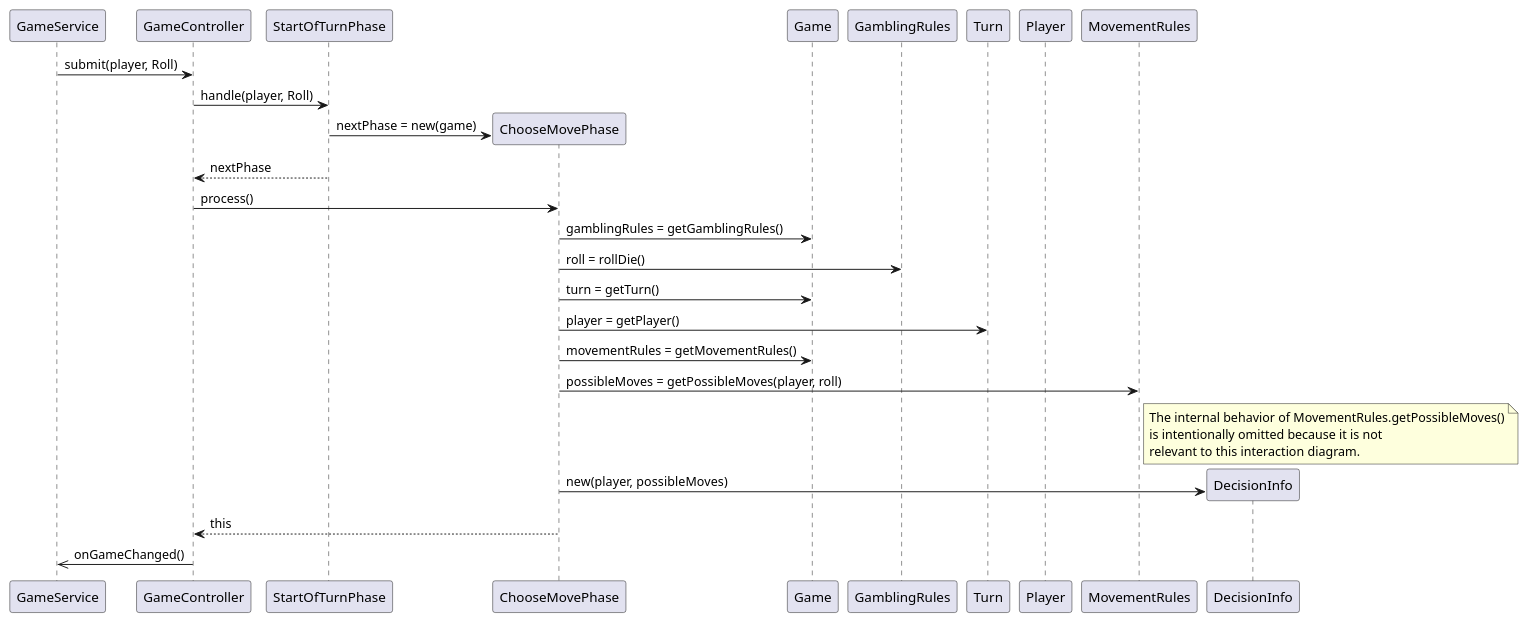
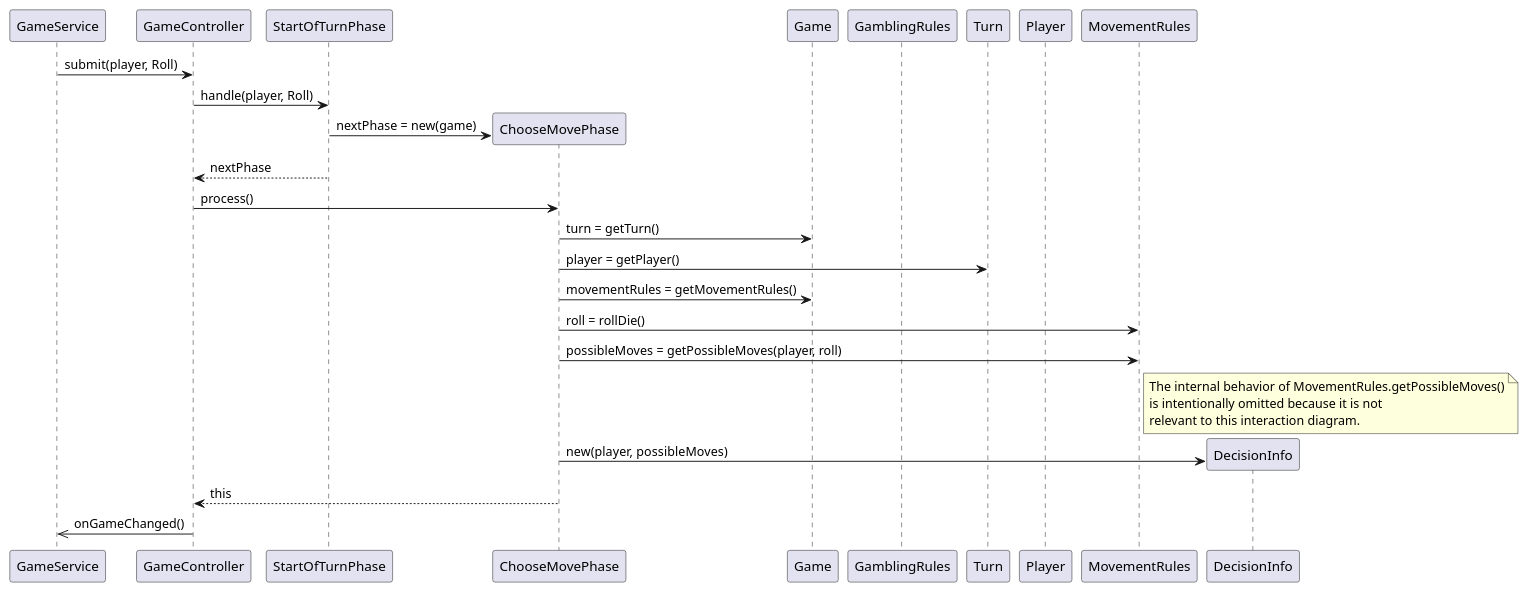
The diagram in docs/interaction-diagrams/Roll.puml (Cedric-Ab/HumanAngerYourself), drawn with PlantUML before and after one commit.

```diff
--- a/docs/interaction-diagrams/Roll.puml
+++ b/docs/interaction-diagrams/Roll.puml
@@ -1,50 +1,48 @@
 @startuml
 
 participant GameService
 participant GameController
 participant StartOfTurnPhase
 participant ChooseMovePhase
 participant Game
 participant GamblingRules
 participant Turn
 participant Player
 participant MovementRules
 participant DecisionInfo
 
 GameService -> GameController : submit(player, Roll)
 
 GameController -> StartOfTurnPhase : handle(player, Roll)
 
 create ChooseMovePhase
 StartOfTurnPhase -> ChooseMovePhase : nextPhase = new(game)
 
 StartOfTurnPhase --> GameController : nextPhase
 
 GameController -> ChooseMovePhase : process()
 
-ChooseMovePhase -> Game : gamblingRules = getGamblingRules()
-
-ChooseMovePhase -> GamblingRules : roll = rollDie()
-
 ChooseMovePhase -> Game : turn = getTurn()
 
 ChooseMovePhase -> Turn : player = getPlayer()
 
 ChooseMovePhase -> Game : movementRules = getMovementRules()
+
+ChooseMovePhase -> MovementRules : roll = rollDie()
 
 ChooseMovePhase -> MovementRules : possibleMoves = getPossibleMoves(player, roll)
 
 note right of MovementRules
     The internal behavior of MovementRules.getPossibleMoves()
     is intentionally omitted because it is not
     relevant to this interaction diagram.
 end note
 
 create DecisionInfo
 ChooseMovePhase -> DecisionInfo : new(player, possibleMoves)
 
 ChooseMovePhase --> GameController : this
 
 GameController ->> GameService : onGameChanged()
 
 @enduml
```
